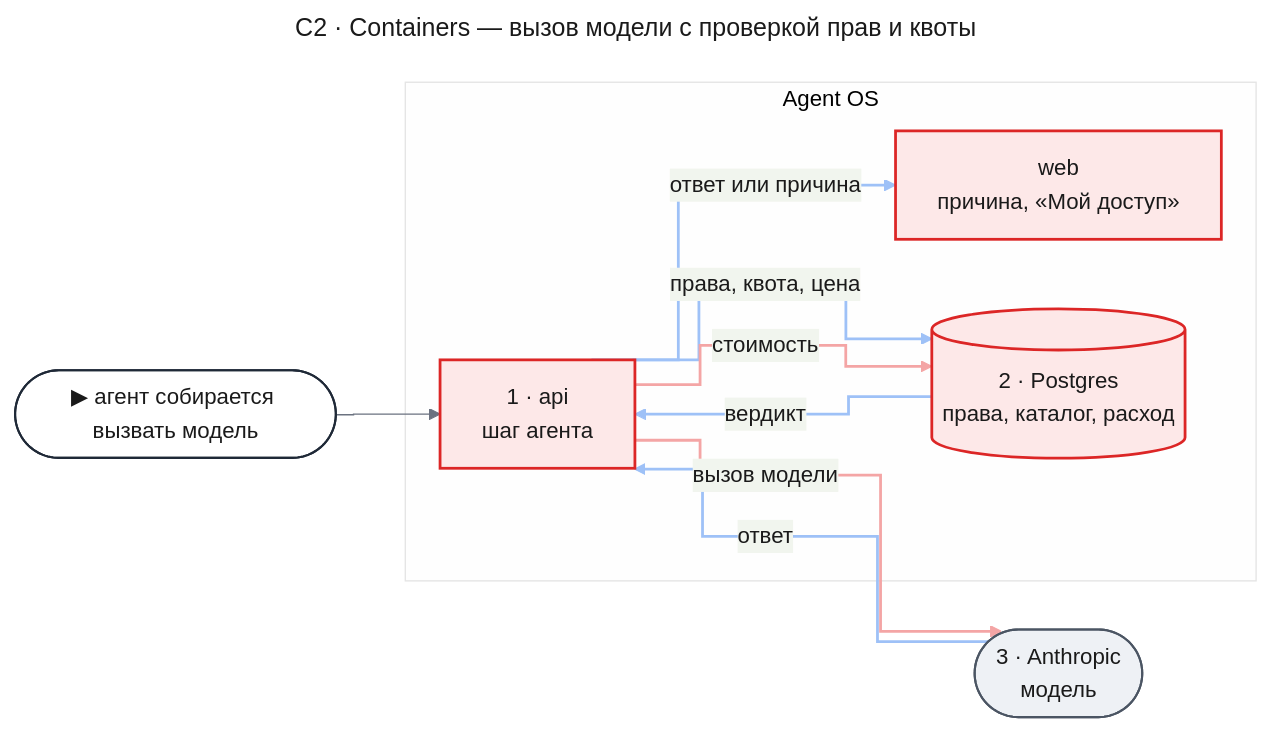
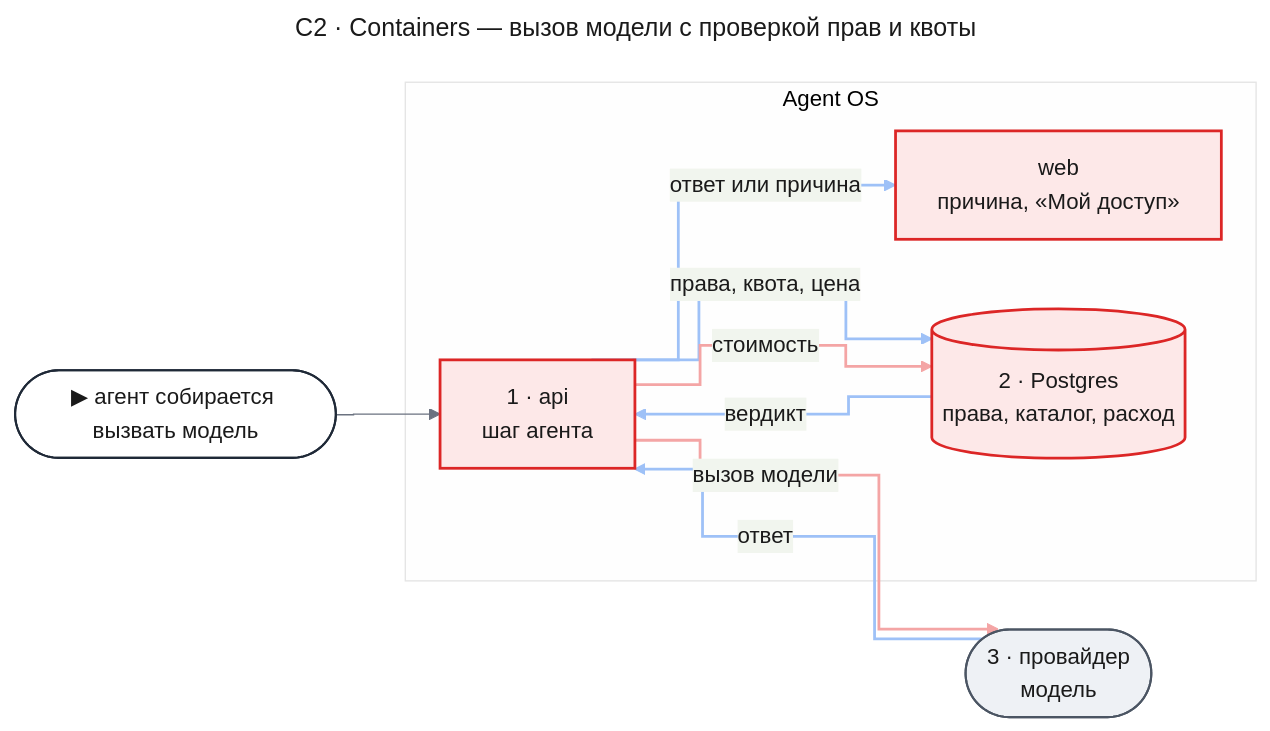
The first of 6 diagrams in docs/features/enterprise-access/design-access.md (tundraray/agent-os), drawn with Mermaid before and after one commit. The commit also changed other lines of this file and 1225 other files, not shown here.

````diff
--- a/docs/features/enterprise-access/design-access.md
+++ b/docs/features/enterprise-access/design-access.md
@@ -189,52 +156,52 @@
 ```mermaid
 ---
 title: "C2 · Containers — вызов модели с проверкой прав и квоты"
 config:
   theme: base
   look: classic
   themeVariables:
     primaryColor: "#eef1f5"
     primaryBorderColor: "#4b5563"
     primaryTextColor: "#1a1a1a"
     lineColor: "#6b7280"
   flowchart:
     curve: step
   themeCSS: |
     @keyframes lit_ac2{0%,15%{stroke:#991b1b;stroke-width:6px}16.67%,100%{stroke:#f4a5a5;stroke-width:2px}}
     @keyframes litr_ac2{0%,15%{stroke:#1d4ed8;stroke-width:6px}16.67%,100%{stroke:#9ec1f7;stroke-width:2px}}
 ---
 flowchart LR
     entry(["▶ агент собирается вызвать модель"])
     subgraph aos["Agent OS"]
         web["web<br/>причина, «Мой доступ»"]
         api["1 · api<br/>шаг агента"]
         db[("2 · Postgres<br/>права, каталог, расход")]
     end
-    llm(["3 · Anthropic<br/>модель"])
+    llm(["3 · провайдер<br/>модель"])
     entry --> api
     api e1@-->|"права, квота, цена"| db
     db e2@-->|"вердикт"| api
     api e3@-->|"вызов модели"| llm
     llm e4@-->|"ответ"| api
     api e5@-->|"стоимость"| db
     api e6@-->|"ответ или причина"| web
     classDef entry fill:#ffffff,stroke:#1f2937,stroke-width:1.5px,color:#1a1a1a
     classDef changed fill:#fde8e8,stroke:#dc2626,stroke-width:2px,color:#1a1a1a
     classDef new fill:#e6f4ea,stroke:#16a34a,stroke-width:2px,color:#1a1a1a
     classDef unchanged fill:#eef1f5,stroke:#4b5563,stroke-width:1.5px,color:#1a1a1a
     classDef r1 stroke:#9ec1f7,stroke-width:2px,animation:litr_ac2 7.2s linear 0s infinite
     classDef r2 stroke:#9ec1f7,stroke-width:2px,animation:litr_ac2 7.2s linear 1.2s infinite
     classDef w1 stroke:#f4a5a5,stroke-width:2px,animation:lit_ac2 7.2s linear 2.4s infinite
     classDef r3 stroke:#9ec1f7,stroke-width:2px,animation:litr_ac2 7.2s linear 3.6s infinite
     classDef w2 stroke:#f4a5a5,stroke-width:2px,animation:lit_ac2 7.2s linear 4.8s infinite
     classDef r4 stroke:#9ec1f7,stroke-width:2px,animation:litr_ac2 7.2s linear 6s infinite
     class entry entry
     class web,api,db changed
     class llm unchanged
     class e1 r1
     class e2 r2
     class e3 w1
     class e4 r3
     class e5 w2
     class e6 r4
 ```
````
